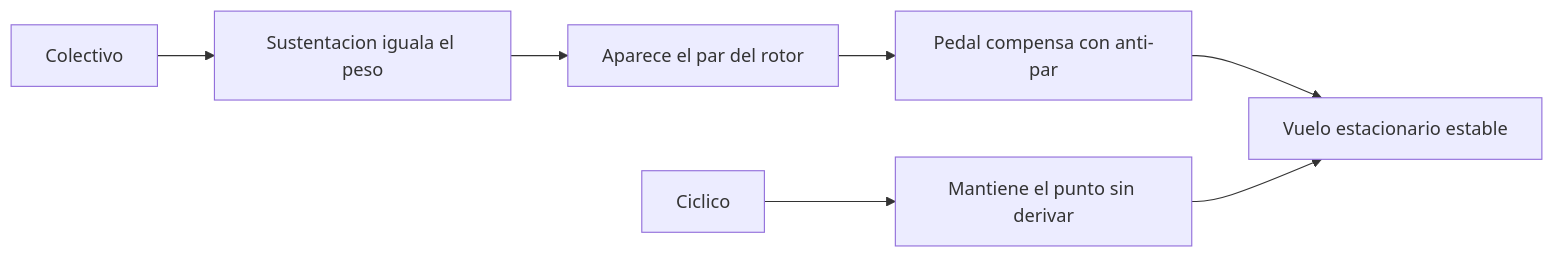
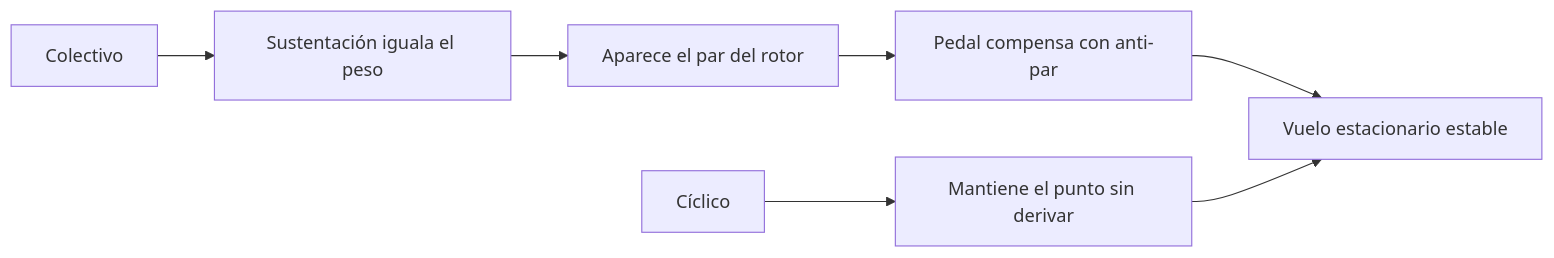
The diagram in vehiculos/helicopteros/recursos/recursos-helicoptero.md (vladimiracunadev-create/machine-operator-program), drawn with Mermaid before and after one commit. The commit also changed other lines of this file and 442 other files, not shown here.

````diff
--- a/vehiculos/helicopteros/recursos/recursos-helicoptero.md
+++ b/vehiculos/helicopteros/recursos/recursos-helicoptero.md
@@ -28,9 +28,9 @@
 ```mermaid
 flowchart LR
-    Colectivo[Colectivo] --> Sust[Sustentacion iguala el peso]
+    Colectivo[Colectivo] --> Sust[Sustentación iguala el peso]
     Sust --> Par[Aparece el par del rotor]
     Par --> Pedal[Pedal compensa con anti-par]
-    Ciclico[Ciclico] --> Fijo[Mantiene el punto sin derivar]
+    Ciclico[Cíclico] --> Fijo[Mantiene el punto sin derivar]
     Pedal --> Hover[Vuelo estacionario estable]
     Fijo --> Hover
 ```
````
